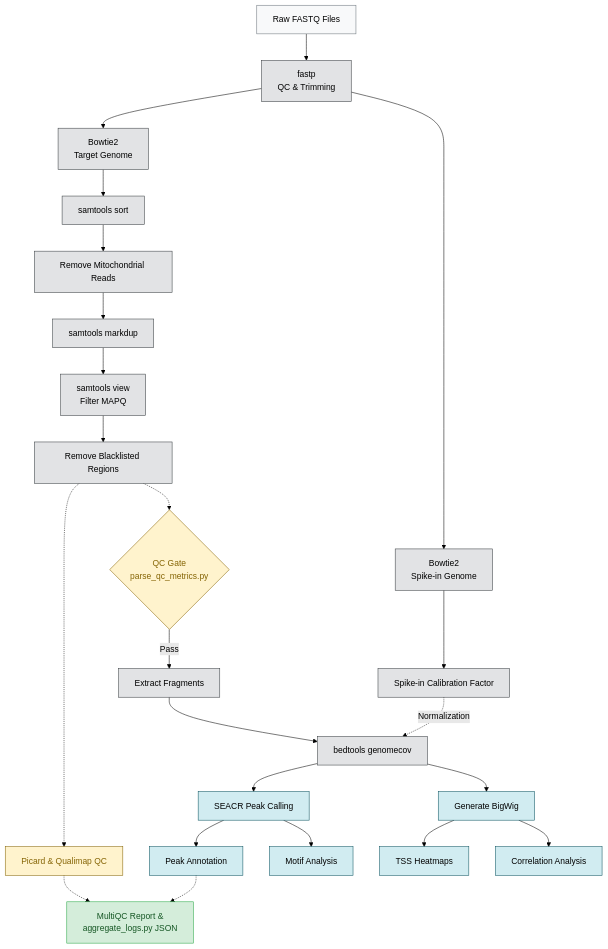
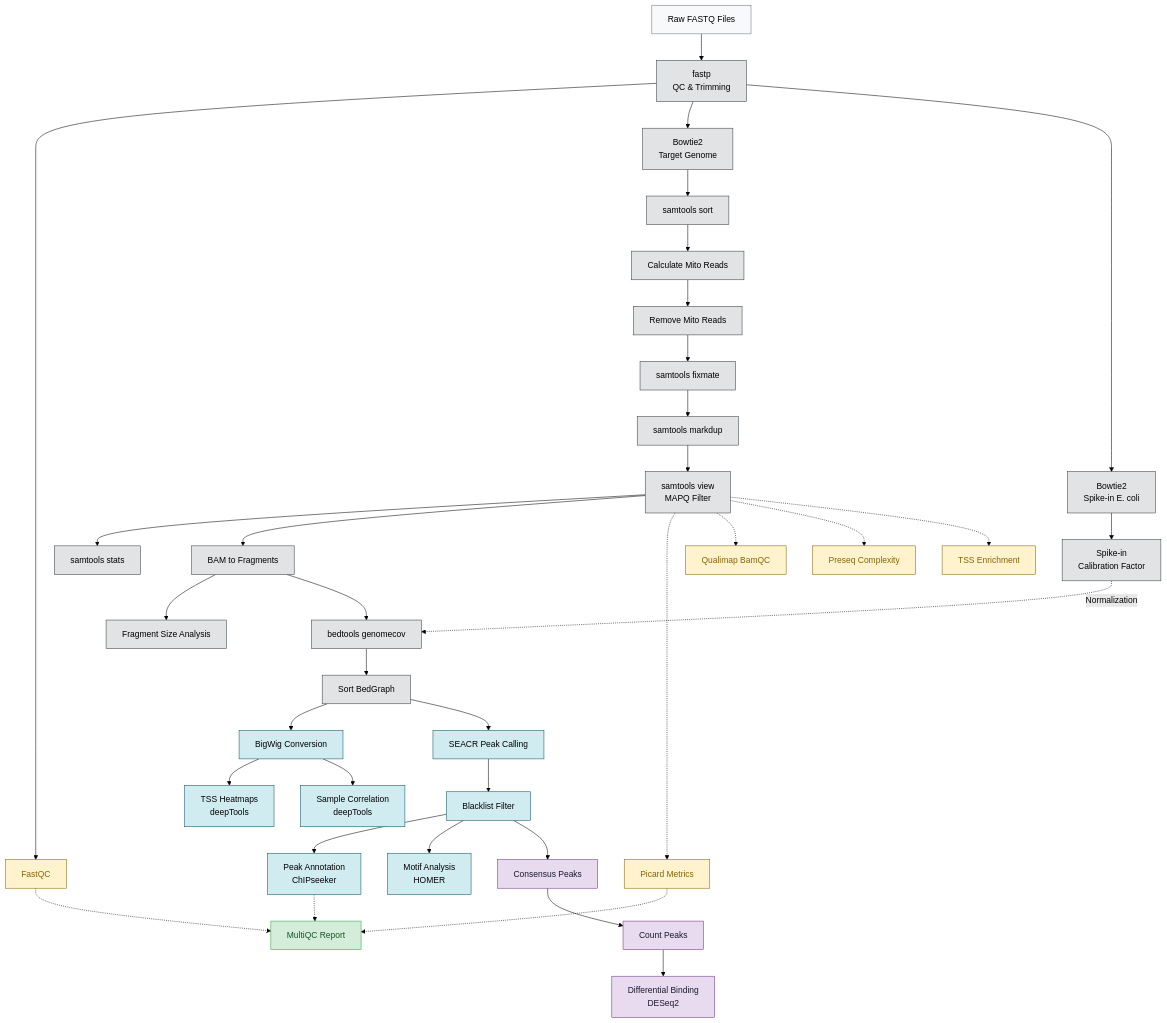
One commit to BDB-Genomics/bdb-cutandrun changed the diagram in README.md. Above: the diagram before and after it, drawn with Mermaid (forest theme). The commit also changed other lines of this file and 1 other file, not shown here.

Commit message:
docs: update pipeline and scripts README with complete architecture flowcharts

````diff
--- a/README.md
+++ b/README.md
@@ -9,58 +9,71 @@
 ```mermaid
 graph TD
-    %% Input
+    %% ── Stage 1: Preprocessing ──
     Raw[Raw FASTQ Files] --> FastP[fastp<br>QC & Trimming]
-    
-    %% Alignment Branching
+    FastP --> FastQC[FastQC]
+
+    %% ── Stage 2: Alignment ──
     FastP --> AlignTarget[Bowtie2<br>Target Genome]
-    FastP --> AlignSpike[Bowtie2<br>Spike-in Genome]
-    
-    %% Target Processing
+    FastP --> AlignSpike[Bowtie2<br>Spike-in E. coli]
+
+    %% ── Stage 3: Post-Alignment ──
     AlignTarget --> Sort[samtools sort]
-    Sort --> Mito[Remove Mitochondrial Reads]
-    Mito --> Dedup[samtools markdup]
-    Dedup --> Filter[samtools view<br>Filter MAPQ]
-    Filter --> Blacklist[Remove Blacklisted Regions]
-    
-    %% QC & Gating
-    Blacklist -.-> Picard[Picard & Qualimap QC]
-    Blacklist -.-> QCGate{QC Gate<br>parse_qc_metrics.py}
-    
-    %% Spike in Calibration
-    AlignSpike --> SpikeCalib[Spike-in Calibration Factor]
-    
-    %% Fragments & Coverage
-    QCGate -- Pass --> Fragments[Extract Fragments]
+    Sort --> MitoCalc[Calculate Mito Reads]
+    MitoCalc --> MitoRm[Remove Mito Reads]
+    MitoRm --> Fixmate[samtools fixmate]
+    Fixmate --> Dedup[samtools markdup]
+    Dedup --> Filter[samtools view<br>MAPQ Filter]
+    Filter --> Stats[samtools stats]
+    Filter --> Fragments[BAM to Fragments]
+    Fragments --> FragSize[Fragment Size Analysis]
+
+    %% ── Stage 4: QC & Gating ──
+    Filter -.-> Picard[Picard Metrics]
+    Filter -.-> Qualimap[Qualimap BamQC]
+    Filter -.-> Preseq[Preseq Complexity]
+    Filter -.-> TSS[TSS Enrichment]
+
+    %% ── Stage 5: Spike-in Calibration ──
+    AlignSpike --> SpikeCalib[Spike-in<br>Calibration Factor]
+
+    %% ── Stage 6: Coverage ──
     Fragments --> BedGraph[bedtools genomecov]
-    
-    %% Normalization applies to Coverage
     SpikeCalib -.->|Normalization| BedGraph
-    
-    %% Peak Calling
-    BedGraph --> BigWig[Generate BigWig]
-    BedGraph --> SEACR[SEACR Peak Calling]
-    
-    %% Downstream Analysis
-    SEACR --> PeakAnnot[Peak Annotation]
-    SEACR --> Motif[Motif Analysis]
-    BigWig --> Heatmap[TSS Heatmaps]
-    BigWig --> Correlation[Correlation Analysis]
-    
-    %% Reporting
-    Picard -.-> MultiQC
+    BedGraph --> SortBG[Sort BedGraph]
+    SortBG --> BigWig[BigWig Conversion]
+
+    %% ── Stage 7: Peak Calling ──
+    SortBG --> SEACR[SEACR Peak Calling]
+    SEACR --> Blacklist[Blacklist Filter]
+
+    %% ── Stage 8: Downstream Analysis ──
+    Blacklist --> PeakAnnot[Peak Annotation<br>ChIPseeker]
+    Blacklist --> Motif[Motif Analysis<br>HOMER]
+    BigWig --> Heatmap[TSS Heatmaps<br>deepTools]
+    BigWig --> Correlation[Sample Correlation<br>deepTools]
+
+    %% ── Stage 9: Differential Binding ──
+    Blacklist --> Consensus[Consensus Peaks]
+    Consensus --> CountPeaks[Count Peaks]
+    CountPeaks --> DiffBind[Differential Binding<br>DESeq2]
+
+    %% ── Stage 10: Reporting ──
+    Picard -.-> MultiQC[MultiQC Report]
+    FastQC -.-> MultiQC
     PeakAnnot -.-> MultiQC
-    MultiQC[MultiQC Report &<br>aggregate_logs.py JSON]
-    
-    %% Styling Classes
+
+    %% ── Styling ──
     classDef input fill:#f8f9fa,stroke:#6c757d,color:#000;
     classDef process fill:#e2e3e5,stroke:#383d41,color:#000;
     classDef analysis fill:#d1ecf1,stroke:#0c5460,color:#000;
-    classDef gate fill:#fff3cd,stroke:#856404,color:#856404;
+    classDef diffbind fill:#e8daef,stroke:#6c3483,color:#1a1a2e;
+    classDef qc fill:#fff3cd,stroke:#856404,color:#856404;
     classDef report fill:#d4edda,stroke:#28a745,color:#155724;
 
     class Raw input;
-    class FastP,AlignTarget,AlignSpike,Sort,Mito,Dedup,Filter,Blacklist,Fragments,BedGraph,SpikeCalib process;
-    class SEACR,BigWig,PeakAnnot,Motif,Heatmap,Correlation analysis;
-    class QCGate,Picard gate;
+    class FastP,AlignTarget,AlignSpike,Sort,MitoCalc,MitoRm,Fixmate,Dedup,Filter,Stats,Fragments,FragSize,BedGraph,SortBG,SpikeCalib process;
+    class SEACR,Blacklist,BigWig,PeakAnnot,Motif,Heatmap,Correlation analysis;
+    class Consensus,CountPeaks,DiffBind diffbind;
+    class Picard,Qualimap,Preseq,TSS,FastQC qc;
     class MultiQC report;
 ```
````
